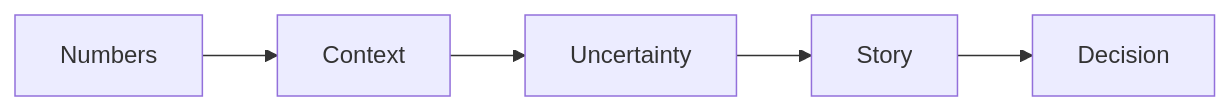
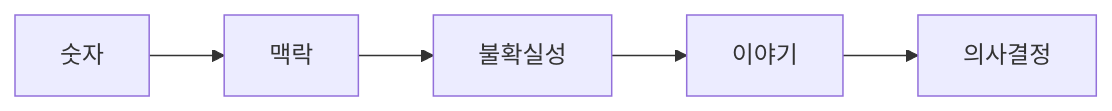
Before and after one commit to yeongseon-books/book-content: the diagram in content/data-science-101/ko/09-result-interpretation.md, drawn with Mermaid. The commit also changed other lines of this file and 9 other files, not shown here.

````diff
--- a/content/data-science-101/ko/09-result-interpretation.md
+++ b/content/data-science-101/ko/09-result-interpretation.md
@@ -35,7 +47,7 @@
 ```mermaid
 flowchart LR
-    Result["Numbers"] --> Context["Context"]
-    Context --> Uncertain["Uncertainty"]
-    Uncertain --> Story["Story"]
-    Story --> Decide["Decision"]
+    Result["숫자"] --> Context["맥락"]
+    Context --> Uncertain["불확실성"]
+    Uncertain --> Story["이야기"]
+    Story --> Decide["의사결정"]
 ```
````
